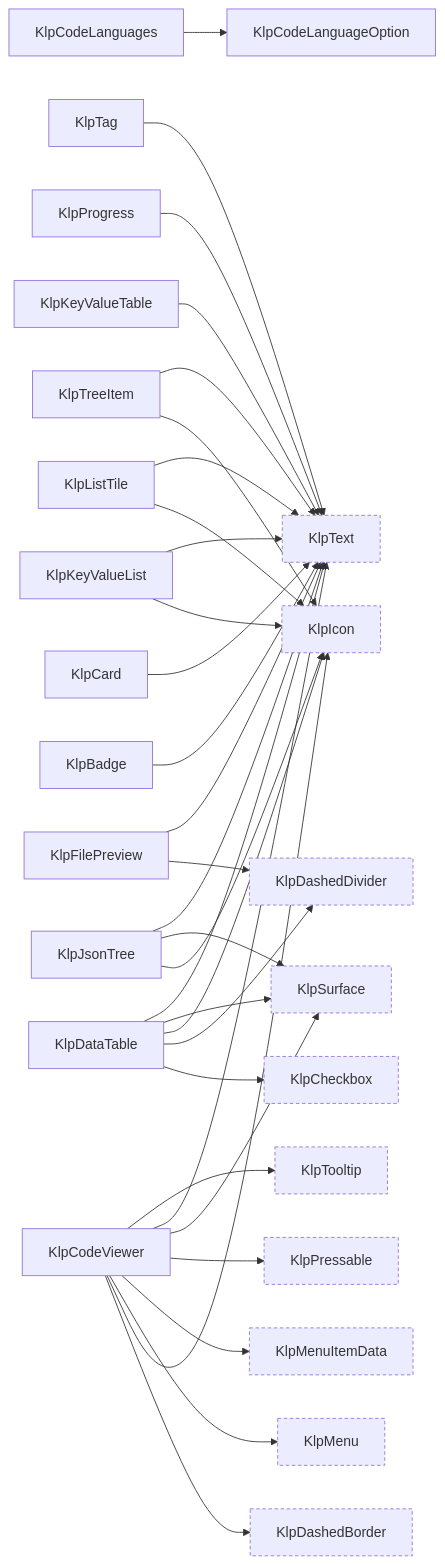
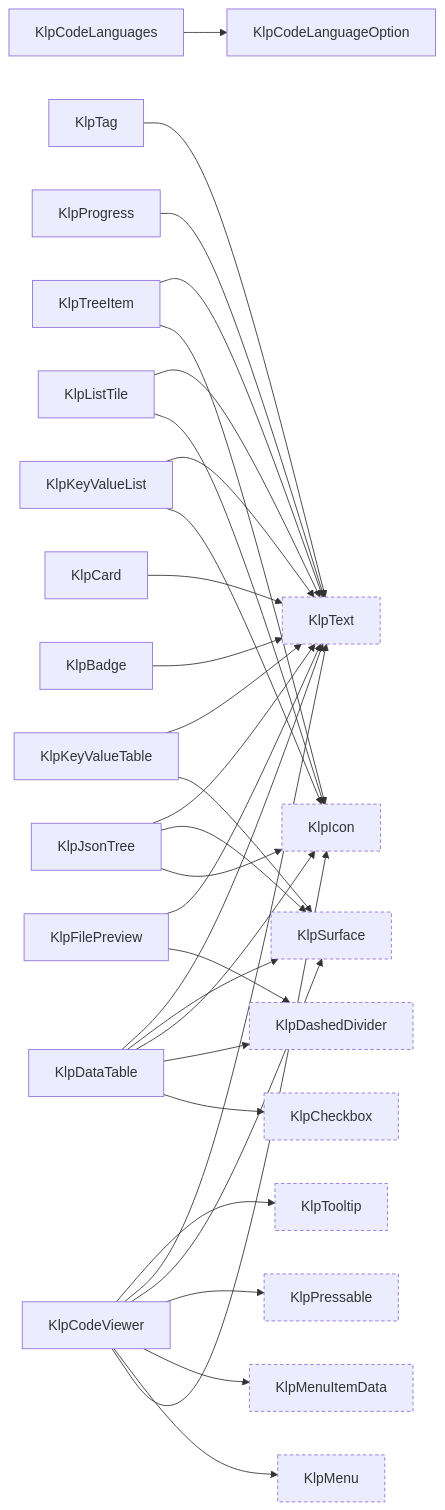
Before and after one commit to MiuDog/Kallopis: the tenth of 16 diagrams in spec/component-inventory.md, drawn with Mermaid. The commit also changed other lines of this file and 5 other files, not shown here.

````diff
--- a/spec/component-inventory.md
+++ b/spec/component-inventory.md
@@ -484,58 +484,57 @@
 ```mermaid
 graph LR
   KlpBadge["KlpBadge"]
   KlpCard["KlpCard"]
   KlpCheckbox["KlpCheckbox"]:::external
   KlpCodeLanguageOption["KlpCodeLanguageOption"]
   KlpCodeLanguages["KlpCodeLanguages"]
   KlpCodeViewer["KlpCodeViewer"]
-  KlpDashedBorder["KlpDashedBorder"]:::external
   KlpDashedDivider["KlpDashedDivider"]:::external
   KlpDataTable["KlpDataTable"]
   KlpFilePreview["KlpFilePreview"]
   KlpIcon["KlpIcon"]:::external
   KlpJsonTree["KlpJsonTree"]
   KlpKeyValueList["KlpKeyValueList"]
   KlpKeyValueTable["KlpKeyValueTable"]
   KlpListTile["KlpListTile"]
   KlpMenu["KlpMenu"]:::external
   KlpMenuItemData["KlpMenuItemData"]:::external
   KlpPressable["KlpPressable"]:::external
   KlpProgress["KlpProgress"]
   KlpSurface["KlpSurface"]:::external
   KlpTag["KlpTag"]
   KlpText["KlpText"]:::external
   KlpTooltip["KlpTooltip"]:::external
   KlpTreeItem["KlpTreeItem"]
   KlpBadge --> KlpText
   KlpCard --> KlpText
   KlpCodeLanguages --> KlpCodeLanguageOption
-  KlpCodeViewer --> KlpDashedBorder
   KlpCodeViewer --> KlpIcon
   KlpCodeViewer --> KlpMenu
   KlpCodeViewer --> KlpMenuItemData
   KlpCodeViewer --> KlpPressable
   KlpCodeViewer --> KlpSurface
   KlpCodeViewer --> KlpText
   KlpCodeViewer --> KlpTooltip
   KlpDataTable --> KlpCheckbox
   KlpDataTable --> KlpDashedDivider
   KlpDataTable --> KlpIcon
   KlpDataTable --> KlpSurface
   KlpDataTable --> KlpText
   KlpFilePreview --> KlpDashedDivider
   KlpFilePreview --> KlpText
   KlpJsonTree --> KlpIcon
   KlpJsonTree --> KlpSurface
   KlpJsonTree --> KlpText
   KlpKeyValueList --> KlpIcon
   KlpKeyValueList --> KlpText
+  KlpKeyValueTable --> KlpSurface
   KlpKeyValueTable --> KlpText
   KlpListTile --> KlpIcon
   KlpListTile --> KlpText
   KlpProgress --> KlpText
   KlpTag --> KlpText
   KlpTreeItem --> KlpIcon
   KlpTreeItem --> KlpText
   classDef external stroke-dasharray: 4 3;
 ```
````
